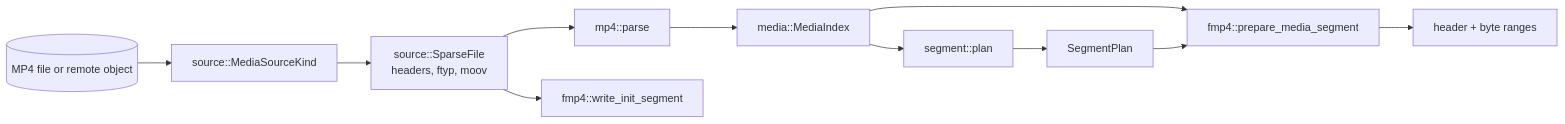
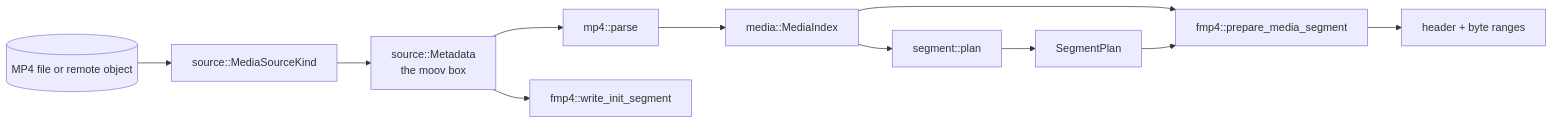
One commit to includeamin/segmentor changed the diagram in docs/internals/media-pipeline.md. Above: the diagram before and after it, drawn with Mermaid. The commit also changed other lines of this file and 23 other files, not shown here.

````diff
--- a/docs/internals/media-pipeline.md
+++ b/docs/internals/media-pipeline.md
@@ -5,13 +5,13 @@
 ```mermaid
 flowchart LR
     File[(MP4 file or remote object)] --> Source[source::MediaSourceKind]
-    Source --> Sparse[source::SparseFile<br/>headers, ftyp, moov]
+    Source --> Sparse[source::Metadata<br/>the moov box]
     Sparse --> Parser[mp4::parse]
     Parser --> Index[media::MediaIndex]
     Index --> Planner[segment::plan]
     Planner --> Plan[SegmentPlan]
     Index --> Frag[fmp4::prepare_media_segment]
     Plan --> Frag
     Sparse --> Init[fmp4::write_init_segment]
     Frag --> Seg[header + byte ranges]
 ```
````
